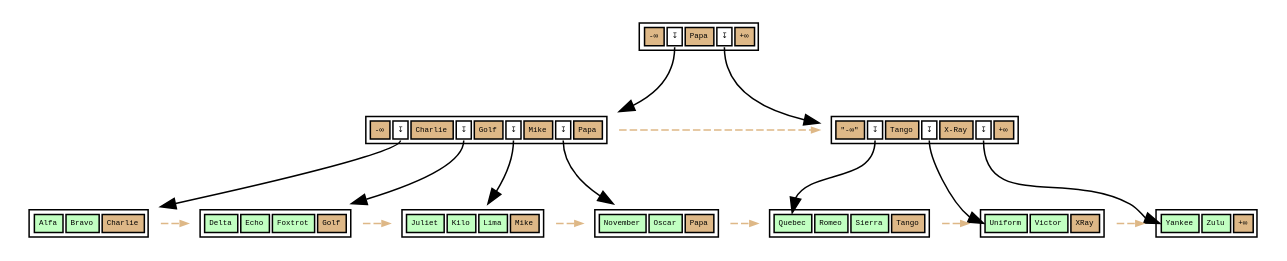
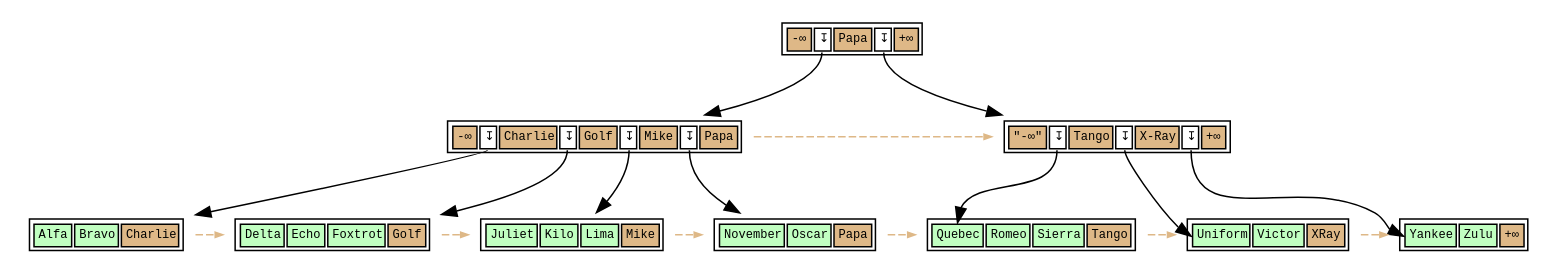
One commit to petergeoghegan/pg_query_internals changed the diagram in cute-btree.dot. Above: the diagram before and after it, drawn with Graphviz.

Commit message:
Tweak font size

```diff
--- a/cute-btree.dot
+++ b/cute-btree.dot
@@ -1,165 +1,165 @@
 // Example B-Tree graph
 //
 // Breadth-first order
 //
 // Start from root, go left to right
 //
 // Workflow:
 //
 // $ dot -T svg btree.dot -o btree.svg;
 
 digraph nbtree {
 graph [fontname = "monospace"];
-node [shape = none,height=.1,fontname = "monospace",fontsize=5];
+node [shape = none,height=.1,fontname = "monospace",fontsize=8];
 // Level 2 (Root internal level)
 rootnode[ label=<<table>
                     <tr>
                         <td bgcolor='burlywood' port="s0">-&infin;</td>
                         <td bgcolor='white' port="d0">&#8615;</td>
                         <td bgcolor='burlywood' port="s1">Papa</td>
                         <td bgcolor='white' port="d1">&#8615;</td>
                         <td bgcolor='burlywood' port="hk">+&infin;</td>
                     </tr>
                 </table>
                >
         ];
 // Downlink arrows to children:
 "rootnode":d0 -> "leftinternal"
 "rootnode":d1 -> "rightinternal"
 // sibling pointer:
 // (None)
 
 
 // Level 1 (Internal level)
 // Downlinks + highkey:
 leftinternal[ label=<<table>
                     <tr>
                         <td bgcolor='burlywood' port="s0">-&infin;</td>
                         <td bgcolor='white' port="d0">&#8615;</td>
                         <td bgcolor='burlywood' port="s1">Charlie</td>
                         <td bgcolor='white' port="d1">&#8615;</td>
                         <td bgcolor='burlywood' port="s2">Golf</td>
                         <td bgcolor='white' port="d2">&#8615;</td>
                         <td bgcolor='burlywood' port="s3">Mike</td>
                         <td bgcolor='white' port="d3">&#8615;</td>
                         <td bgcolor='burlywood' port="hk">Papa</td>
                     </tr>
                 </table>
                >
         ];
 // Downlink arrows to children:
 "leftinternal":d0 -> "leafnode_1"
 "leftinternal":d1 -> "leafnode_2"
 "leftinternal":d2 -> "leafnode_3"
 "leftinternal":d3 -> "leafnode_4"
 // sibling pointer:
 "leftinternal" -> "rightinternal"[constraint=false,color=burlywood,style=dashed,arrowsize=0.5]
 // Downlinks + highkey:
 rightinternal[ label=<<table>
                     <tr>
                         <td bgcolor='burlywood' port="s0">&quot;-&infin;&quot;</td>
                         <td bgcolor='white' port="d0">&#8615;</td>
                         <td bgcolor='burlywood' port="s1">Tango</td>
                         <td bgcolor='white' port="d1">&#8615;</td>
                         <td bgcolor='burlywood' port="s2">X-Ray</td>
                         <td bgcolor='white' port="d2">&#8615;</td>
                         <td bgcolor='burlywood' port="hk">+&infin;</td>
                     </tr>
                 </table>
                >
         ];
 // Downlink arrows to children:
 "rightinternal":d0 -> "leafnode_5":t0
 "rightinternal":d1 -> "leafnode_6":t0
 "rightinternal":d2 -> "leafnode_7":t0
 // sibling pointer:
 // (None)
 
 
 // Level 0 (leaf level)
 leafnode_1[ label=<<table>
                     <tr>
                         <td bgcolor='darkseagreen1' port="t0">Alfa</td>
                         <td bgcolor='darkseagreen1' port="t1">Bravo</td>
                         <td bgcolor='burlywood' port="hk">Charlie</td>
                     </tr>
                 </table>
                >
         ];
 // sibling pointer:
 "leafnode_1" -> "leafnode_2"[constraint=false,color=burlywood,style=dashed,arrowsize=0.5]
 leafnode_2[ label=<<table>
                     <tr>
                         <td bgcolor='darkseagreen1' port="t0">Delta</td>
                         <td bgcolor='darkseagreen1' port="t1">Echo</td>
                         <td bgcolor='darkseagreen1' port="t2">Foxtrot</td>
                         <td bgcolor='burlywood' port="hk">Golf</td>
                     </tr>
                 </table>
                >
         ];
 // sibling pointer:
 "leafnode_2" -> "leafnode_3"[constraint=false,color=burlywood,style=dashed,arrowsize=0.5]
 leafnode_3[ label=<<table>
                     <tr>
                         <td bgcolor='darkseagreen1' port="t0">Juliet</td>
                         <td bgcolor='darkseagreen1' port="t1">Kilo</td>
                         <td bgcolor='darkseagreen1' port="t2">Lima</td>
                         <td bgcolor='burlywood' port="hk">Mike</td>
                     </tr>
                 </table>
                >
         ];
 // sibling pointer:
 "leafnode_3" -> "leafnode_4"[constraint=false,color=burlywood,style=dashed,arrowsize=0.5]
 leafnode_4[ label=<<table>
                     <tr>
                         <td bgcolor='darkseagreen1' port="t0">November</td>
                         <td bgcolor='darkseagreen1' port="t1">Oscar</td>
                         <td bgcolor='burlywood' port="hk">Papa</td>
                     </tr>
                 </table>
                >
         ];
 // sibling pointer:
 "leafnode_4" -> "leafnode_5"[constraint=false,color=burlywood,style=dashed,arrowsize=0.5]
 leafnode_5[ label=<<table>
                     <tr>
                         <td bgcolor='darkseagreen1' port="t0">Quebec</td>
                         <td bgcolor='darkseagreen1' port="t1">Romeo</td>
                         <td bgcolor='darkseagreen1' port="t2">Sierra</td>
                         <td bgcolor='burlywood' port="hk">Tango</td>
                     </tr>
                 </table>
                >
         ];
 // sibling pointer:
 "leafnode_5" -> "leafnode_6"[constraint=false,color=burlywood,style=dashed,arrowsize=0.5]
 leafnode_6[ label=<<table>
                     <tr>
                         <td bgcolor='darkseagreen1' port="t0">Uniform</td>
                         <td bgcolor='darkseagreen1' port="t1">Victor</td>
                         <td bgcolor='burlywood' port="hk">XRay</td>
                     </tr>
                 </table>
                >
         ];
 // sibling pointer:
 "leafnode_6" -> "leafnode_7"[constraint=false,color=burlywood,style=dashed,arrowsize=0.5]
 leafnode_7[ label=<<table>
                     <tr>
                         <td bgcolor='darkseagreen1' port="t0">Yankee</td>
                         <td bgcolor='darkseagreen1' port="t1">Zulu</td>
                         <td bgcolor='burlywood' port="hk">+&infin;</td>
                     </tr>
                 </table>
                >
         ];
 // sibling pointer:
 // (None)
 
 // Force alignment from root to internal to leaf levels:
 edge[style=invis];
 "rootnode":s1 -> "leafnode_4":hk
 "leftinternal":hk -> "leafnode_4":hk
 }
```
